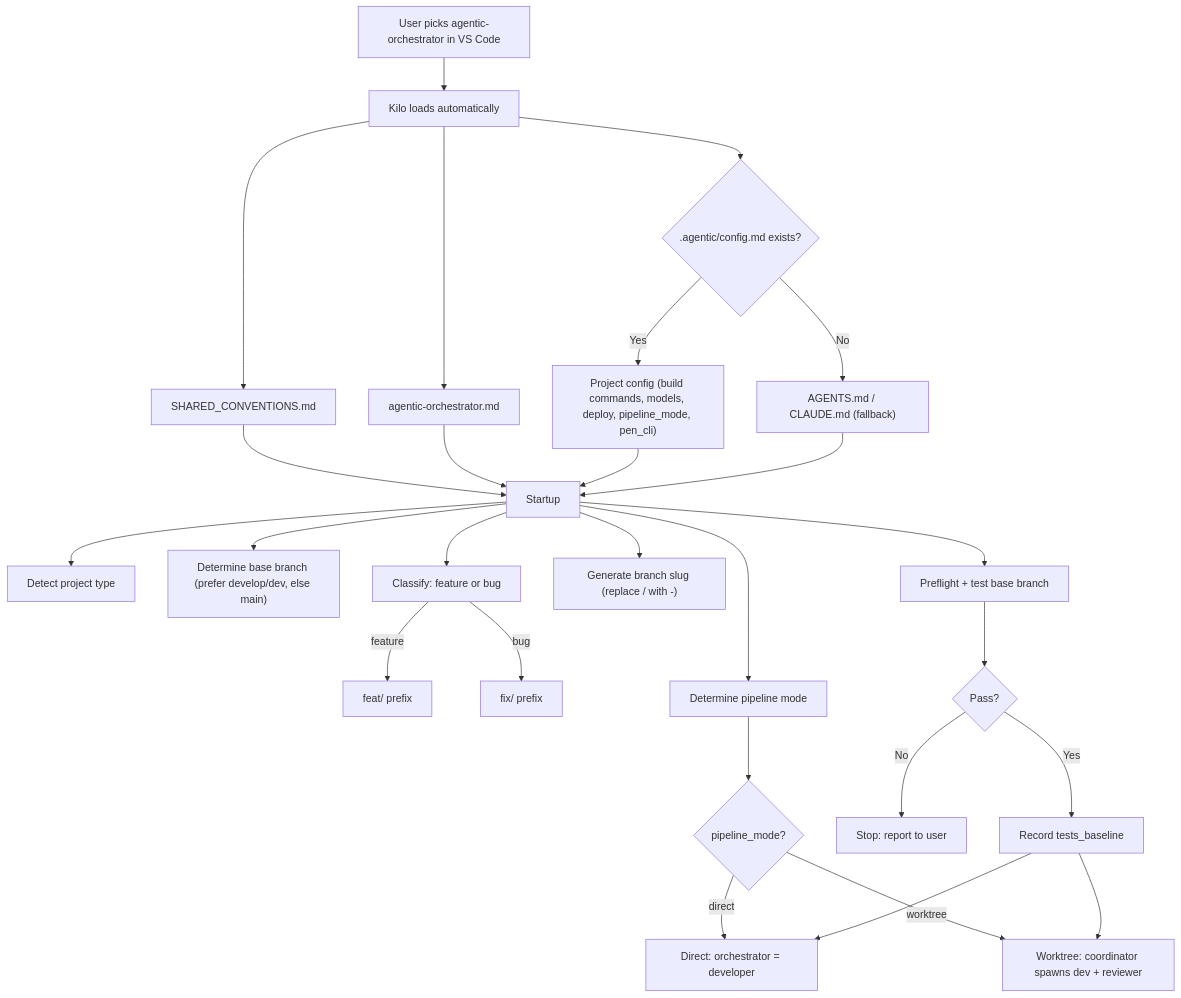
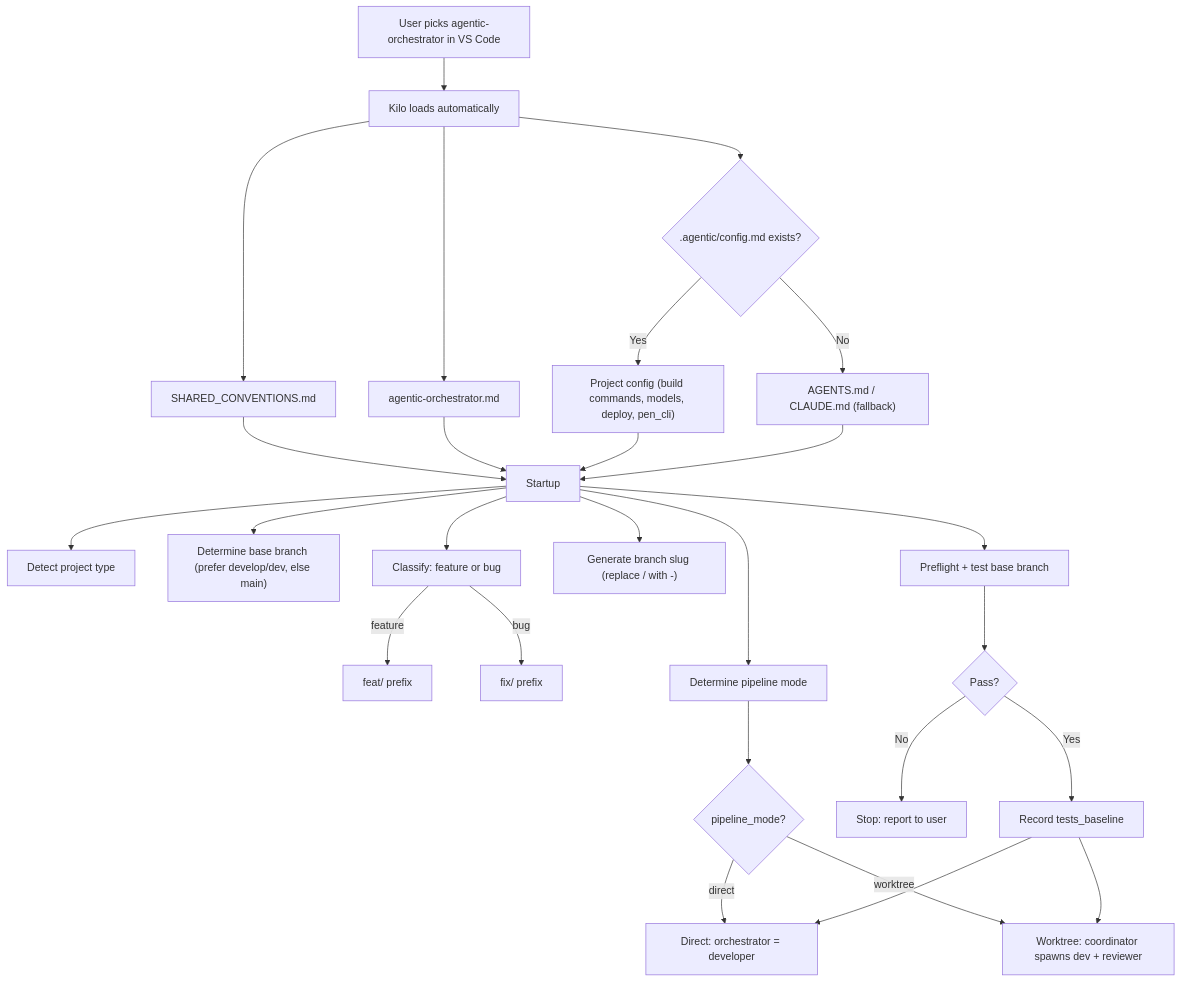
Before and after one commit to Nayeem170/KoThok: the first of 9 diagrams in docs/AGENTIC_PIPELINE.md, drawn with Mermaid. The commit also changed other lines of this file and 2 other files, not shown here.

First line of the commit message:
chore: worktree mode on request only, not from config

````diff
--- a/docs/AGENTIC_PIPELINE.md
+++ b/docs/AGENTIC_PIPELINE.md
@@ -76,31 +72,31 @@
 ```mermaid
 flowchart TD
     U["User picks agentic-orchestrator in VS Code"]
     K["Kilo loads automatically"]
     K --> S["SHARED_CONVENTIONS.md"]
     K --> A["agentic-orchestrator.md"]
     K --> C{".agentic/config.md exists?"}
-    C -- Yes --> PC["Project config (build commands, models, deploy, pipeline_mode, pen_cli)"]
+    C -- Yes --> PC["Project config (build commands, models, deploy, pen_cli)"]
     C -- No --> F["AGENTS.md / CLAUDE.md (fallback)"]
     U --> K
     S --> ST["Startup"]
     A --> ST
     PC --> ST
     F --> ST
     ST --> D["Detect project type"]
     ST --> BB["Determine base branch (prefer develop/dev, else main)"]
     ST --> CL["Classify: feature or bug"]
     CL -- feature --> BP["feat/ prefix"]
     CL -- bug --> BP2["fix/ prefix"]
     ST --> SL["Generate branch slug (replace / with -)"]
     ST --> PM["Determine pipeline mode"]
     PM --> MODE{"pipeline_mode?"}
     MODE -- direct --> DIR["Direct: orchestrator = developer"]
     MODE -- worktree --> WTM["Worktree: coordinator spawns dev + reviewer"]
     ST --> PF["Preflight + test base branch"]
     PF --> PF2{"Pass?"}
     PF2 -- No --> FAIL["Stop: report to user"]
     PF2 -- Yes --> BL["Record tests_baseline"]
     BL --> DIR
     BL --> WTM
 ```
````
